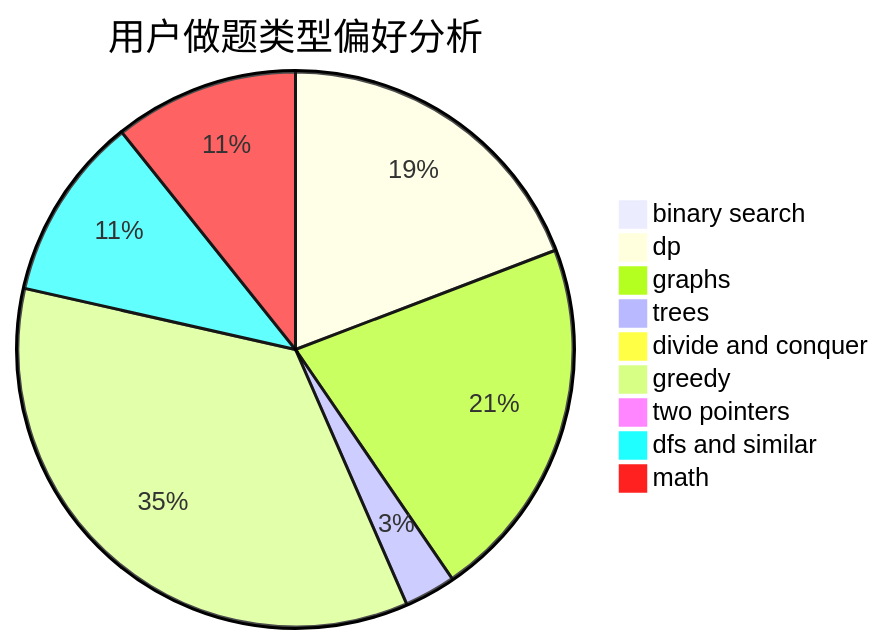
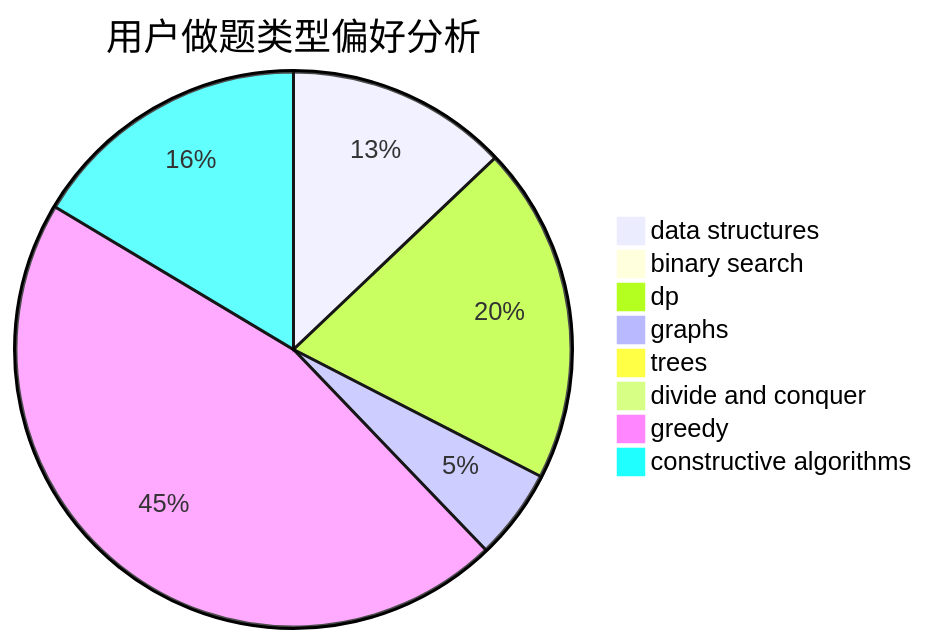
The second of 3 diagrams in docs/user/u1796.md (sherpahu/cfrs.github.io), drawn with Mermaid before and after one commit. The commit also changed other lines of this file and 2775 other files, not shown here.

````diff
--- a/docs/user/u1796.md
+++ b/docs/user/u1796.md
@@ -23,12 +23,11 @@
 ```mermaid
 pie title 用户做题类型偏好分析
-    "binary search" :  7
-    "dp" :  186
-    "graphs" :  206
-    "trees" :  29
+    "data structures" :  44
+    "binary search" :  2
+    "dp" :  67
+    "graphs" :  18
+    "trees" :  0
     "divide and conquer" :  0
-    "greedy" :  340
-    "two pointers" :  7
-    "dfs and similar" :  104
-    "math" :  104
+    "greedy" :  156
+    "constructive algorithms" :  56
 ```
````
